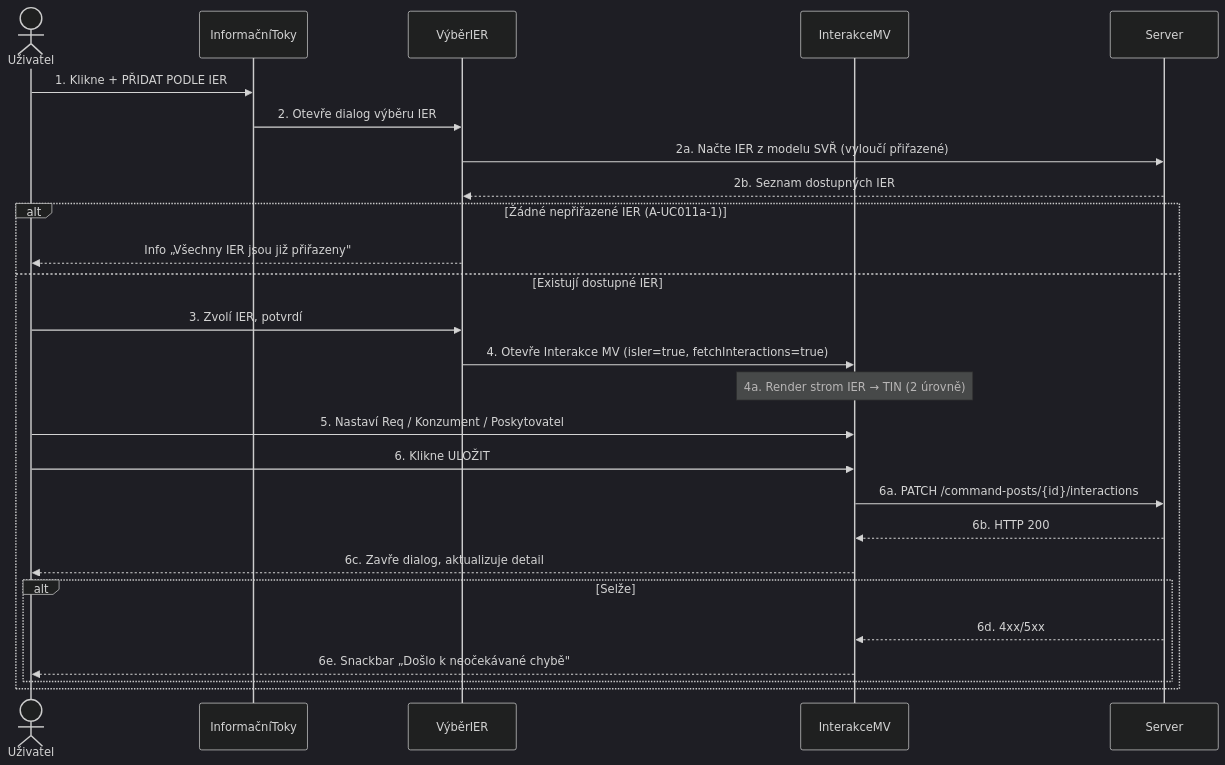
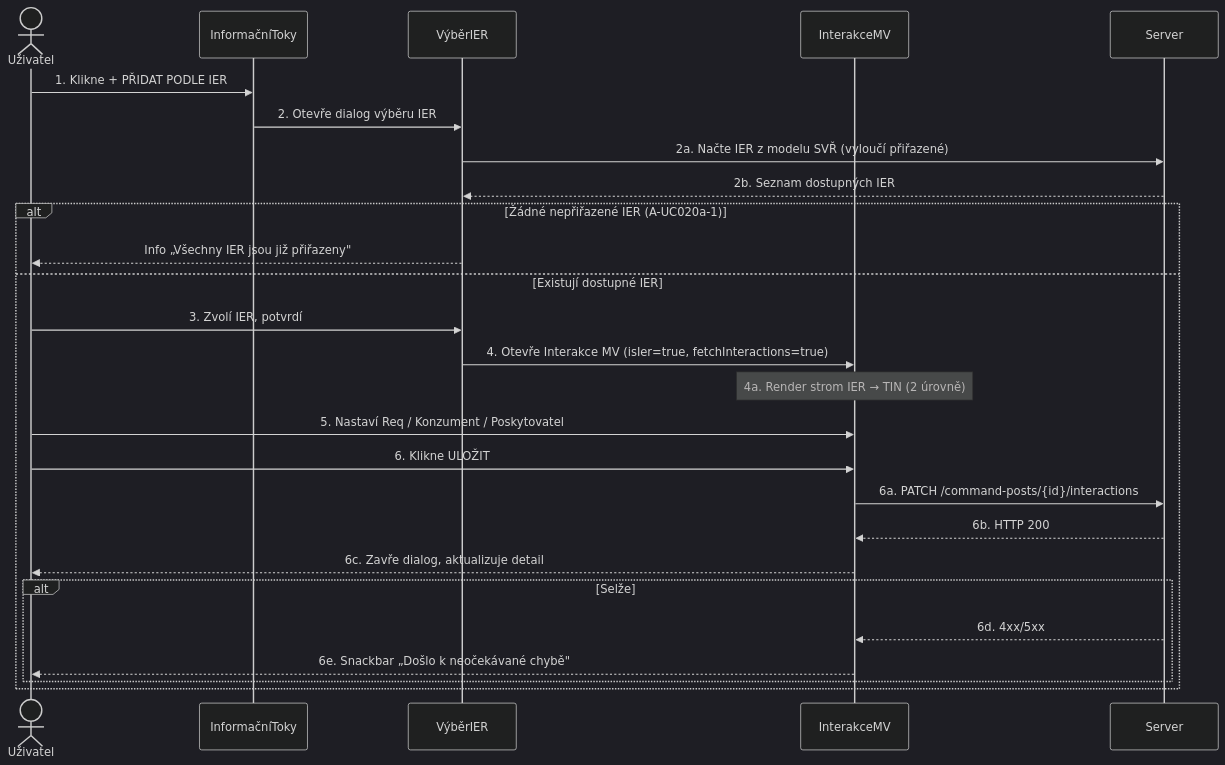
Before and after one commit to pvratny-droid/app.pvklok.eu: the seventh of 9 diagrams in c3hub/RQU002 - Karty mist veleni/analyza-md/05_sekvencni_diagramy.md, drawn with Mermaid (dark theme). The commit also changed other lines of this file and 197 other files, not shown here.

````diff
--- a/c3hub/RQU002 - Karty mist veleni/analyza-md/05_sekvencni_diagramy.md
+++ b/c3hub/RQU002 - Karty mist veleni/analyza-md/05_sekvencni_diagramy.md
@@ -328,29 +328,29 @@
 ```mermaid
 sequenceDiagram
     actor U as Uživatel
     participant Sec as InformačníToky
     participant Sel as VýběrIER
     participant Dlg as InterakceMV
     participant S as Server
 
     U->>Sec: 1. Klikne + PŘIDAT PODLE IER
     Sec->>Sel: 2. Otevře dialog výběru IER
     Sel->>S: 2a. Načte IER z modelu SVŘ (vyloučí přiřazené)
     S-->>Sel: 2b. Seznam dostupných IER
-    alt Žádné nepřiřazené IER (A-UC011a-1)
+    alt Žádné nepřiřazené IER (A-UC020a-1)
         Sel-->>U: Info „Všechny IER jsou již přiřazeny"
     else Existují dostupné IER
         U->>Sel: 3. Zvolí IER, potvrdí
         Sel->>Dlg: 4. Otevře Interakce MV (isIer=true, fetchInteractions=true)
         Note over Dlg: 4a. Render strom IER → TIN (2 úrovně)
         U->>Dlg: 5. Nastaví Req / Konzument / Poskytovatel
         U->>Dlg: 6. Klikne ULOŽIT
         Dlg->>S: 6a. PATCH /command-posts/{id}/interactions
         S-->>Dlg: 6b. HTTP 200
         Dlg-->>U: 6c. Zavře dialog, aktualizuje detail
         alt Selže
             S-->>Dlg: 6d. 4xx/5xx
             Dlg-->>U: 6e. Snackbar „Došlo k neočekávané chybě"
         end
     end
 ```
````
